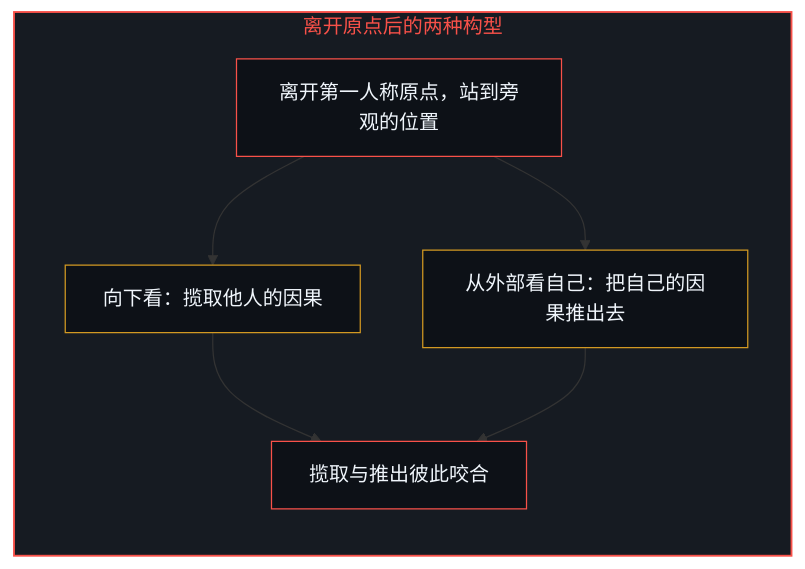
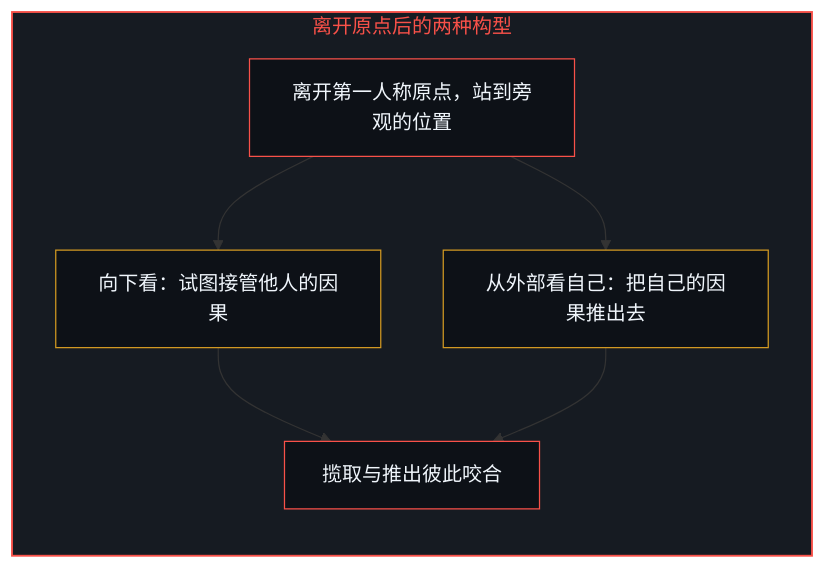
The fifth of 12 diagrams in content/posts/the-mirror-handshake-of-power.md (powerpig99/not-a-toe), drawn with Mermaid before and after one commit. The commit also changed other lines of this file and 6 other files, not shown here.

````diff
--- a/content/posts/the-mirror-handshake-of-power.md
+++ b/content/posts/the-mirror-handshake-of-power.md
@@ -129,19 +129,19 @@
 ```mermaid
 flowchart TD
     subgraph S_Bystander["离开原点后的两种构型"]
         direction TB
         Leave["离开第一人称原点，站到旁观的位置"]
-        Take["向下看：揽取他人的因果"]
+        Take["向下看：试图接管他人的因果"]
         Push["从外部看自己：把自己的因果推出去"]
         Lock["揽取与推出彼此咬合"]
         Leave --> Take
         Leave --> Push
         Take --> Lock
         Push --> Lock
     end
     style S_Bystander fill:#161b22,stroke:#f85149,stroke-width:1.5px,color:#f85149
     style Leave fill:#0d1117,stroke:#f85149,stroke-width:1px,color:#f0f6fc
     style Take fill:#0d1117,stroke:#d29922,stroke-width:1px,color:#f0f6fc
     style Push fill:#0d1117,stroke:#d29922,stroke-width:1px,color:#f0f6fc
     style Lock fill:#0d1117,stroke:#f85149,stroke-width:1px,color:#f0f6fc
 ```
````
